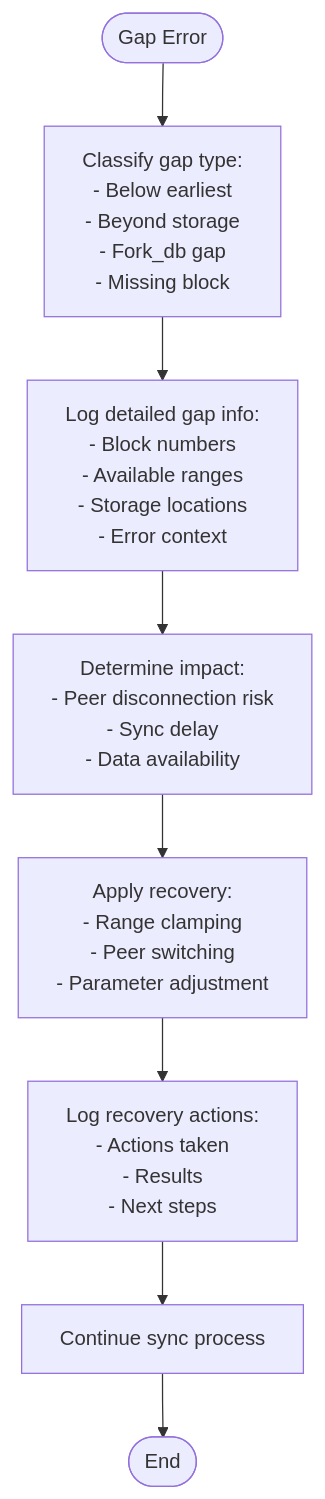
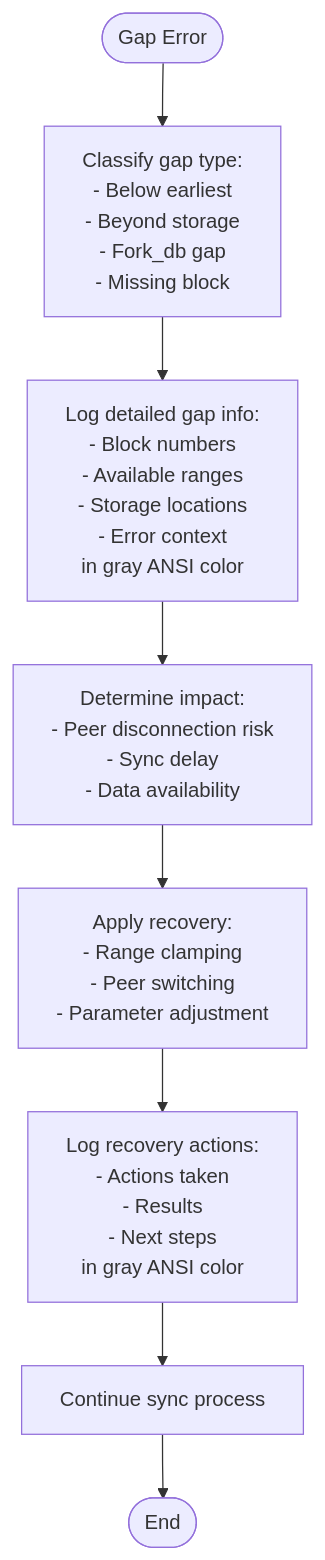
Before and after one commit to VIZ-Blockchain/viz-cpp-node: diagram 14 of 36 in .qoder/repowiki/en/content/P2p Plugin.md, drawn with Mermaid. The commit also changed other lines of this file and 3 other files, not shown here.

````diff
--- a/.qoder/repowiki/en/content/P2p Plugin.md
+++ b/.qoder/repowiki/en/content/P2p Plugin.md
@@ -622,10 +637,10 @@
 ```mermaid
 flowchart TD
 Start([Gap Error]) --> ClassifyError["Classify gap type:<br/>- Below earliest<br/>- Beyond storage<br/>- Fork_db gap<br/>- Missing block"]
-ClassifyError --> LogDetailedInfo["Log detailed gap info:<br/>- Block numbers<br/>- Available ranges<br/>- Storage locations<br/>- Error context"]
+ClassifyError --> LogDetailedInfo["Log detailed gap info:<br/>- Block numbers<br/>- Available ranges<br/>- Storage locations<br/>- Error context<br/>in gray ANSI color"]
 LogDetailedInfo --> DetermineImpact["Determine impact:<br/>- Peer disconnection risk<br/>- Sync delay<br/>- Data availability"]
 DetermineImpact --> ApplyRecovery["Apply recovery:<br/>- Range clamping<br/>- Peer switching<br/>- Parameter adjustment"]
-ApplyRecovery --> LogRecovery["Log recovery actions:<br/>- Actions taken<br/>- Results<br/>- Next steps"]
+ApplyRecovery --> LogRecovery["Log recovery actions:<br/>- Actions taken<br/>- Results<br/>- Next steps<br/>in gray ANSI color"]
 LogRecovery --> ContinueSync["Continue sync process"]
 ContinueSync --> End([End])
 ```
````
